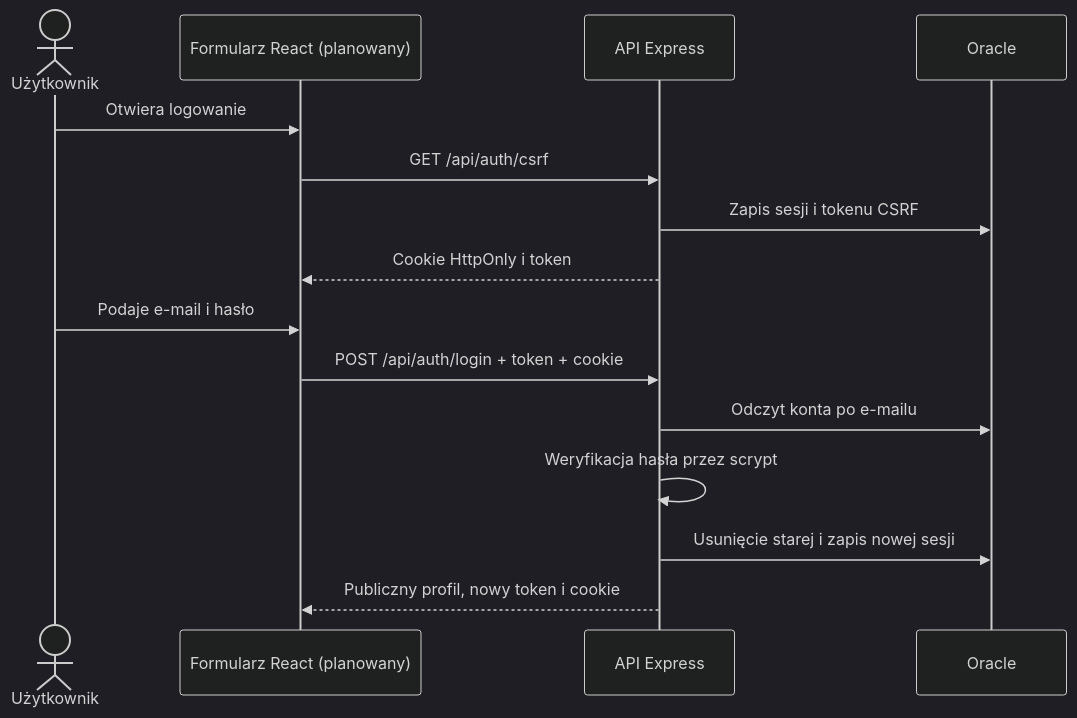
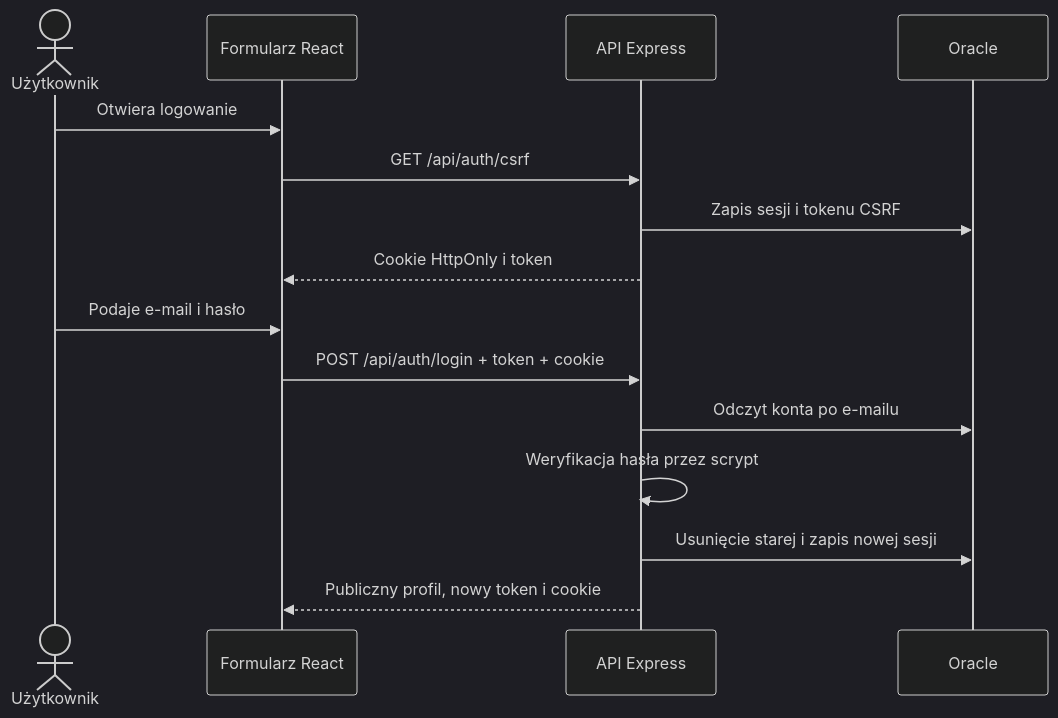
Before and after one commit to M0risek/helpdesk: the diagram in docs/authentication.md, drawn with Mermaid (dark theme). The commit also changed other lines of this file and 24 other files, not shown here.

````diff
--- a/docs/authentication.md
+++ b/docs/authentication.md
@@ -29,17 +29,17 @@
 ```mermaid
 sequenceDiagram
     actor U as Użytkownik
-    participant F as Formularz React (planowany)
+    participant F as Formularz React
     participant A as API Express
     participant D as Oracle
     U->>F: Otwiera logowanie
     F->>A: GET /api/auth/csrf
     A->>D: Zapis sesji i tokenu CSRF
     A-->>F: Cookie HttpOnly i token
     U->>F: Podaje e-mail i hasło
     F->>A: POST /api/auth/login + token + cookie
     A->>D: Odczyt konta po e-mailu
     A->>A: Weryfikacja hasła przez scrypt
     A->>D: Usunięcie starej i zapis nowej sesji
     A-->>F: Publiczny profil, nowy token i cookie
 ```
````
